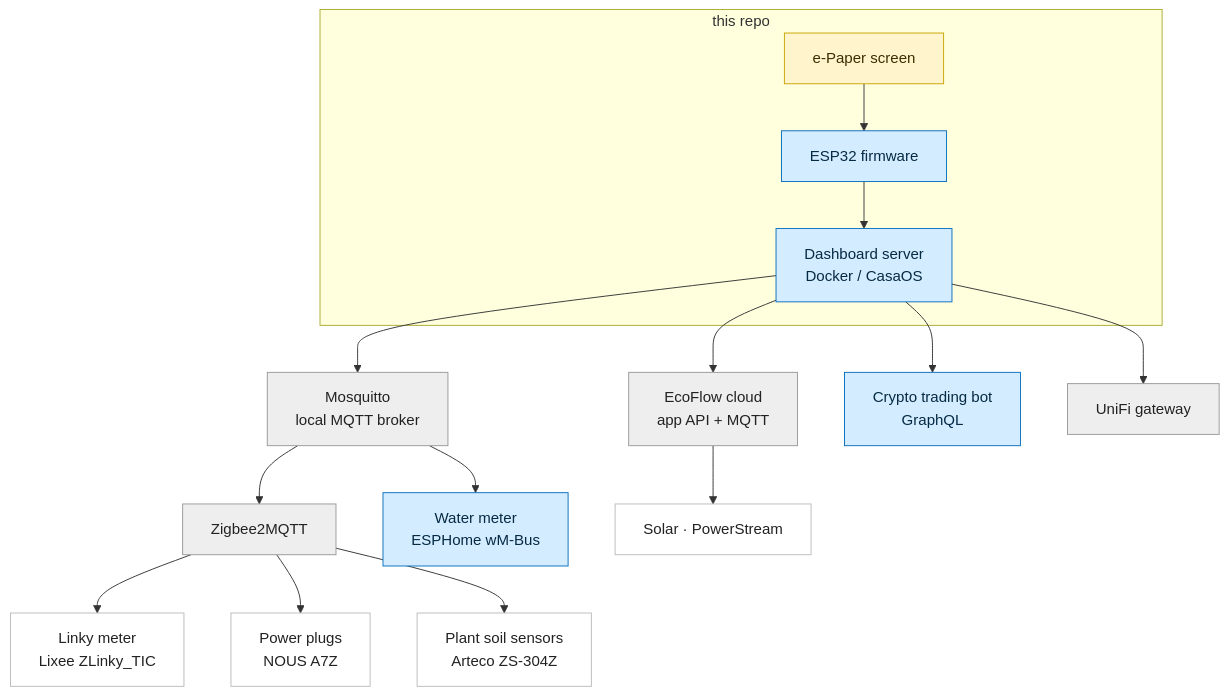
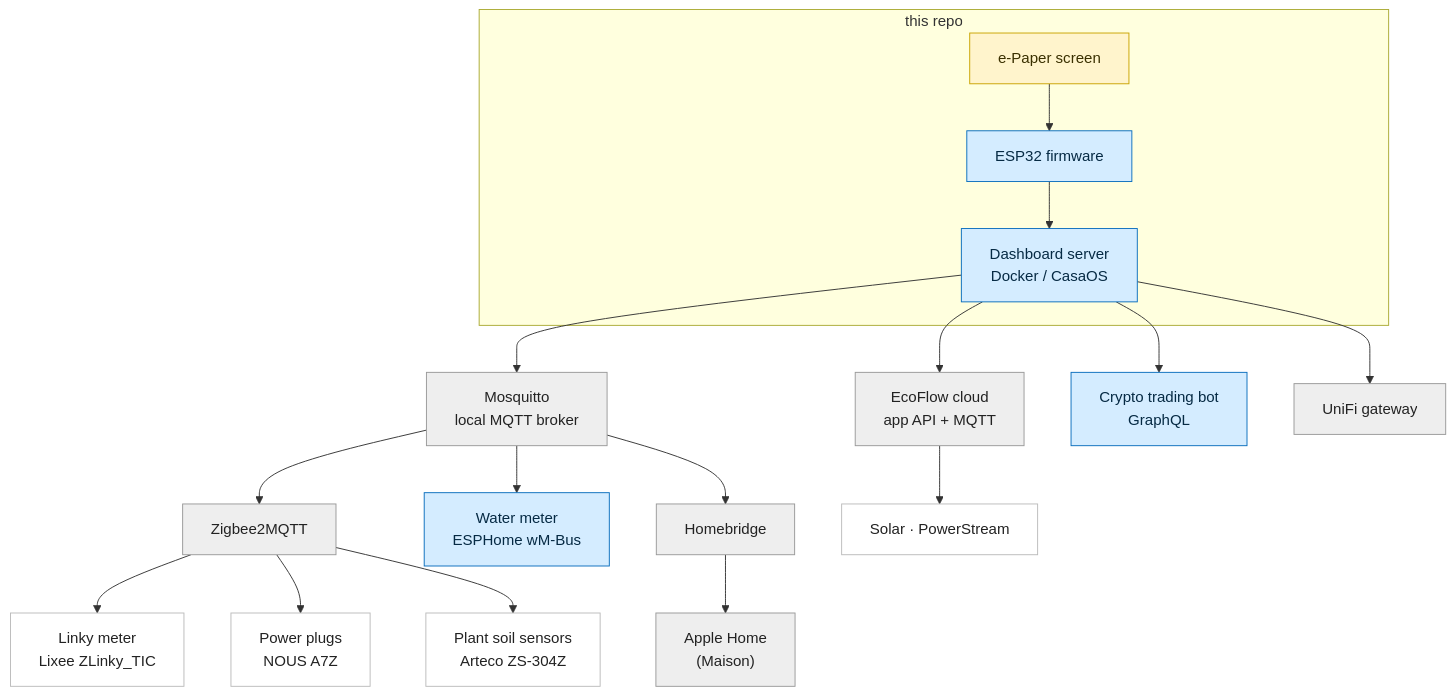
The diagram in README.md (moifort/home-dashboard), drawn with Mermaid before and after one commit. The commit also changed other lines of this file, not shown here.

First line of the commit message:
docs: add Homebridge + Apple Home, link the Docker projects, drop em dashes

````diff
--- a/README.md
+++ b/README.md
@@ -19,40 +17,45 @@
 ```mermaid
 flowchart TD
     subgraph repo["this repo"]
         SCREEN["e-Paper screen"]:::hw
         ESP["ESP32 firmware"]:::mine
         SERVER["Dashboard server<br/>Docker / CasaOS"]:::mine
     end
 
     SCREEN --> ESP
     ESP --> SERVER
 
     MOSQ["Mosquitto<br/>local MQTT broker"]:::ext
     Z2M["Zigbee2MQTT"]:::ext
     LINKY["Linky meter<br/>Lixee ZLinky_TIC"]:::dev
     PLUGS["Power plugs<br/>NOUS A7Z"]:::dev
     PLANTS["Plant soil sensors<br/>Arteco ZS-304Z"]:::dev
     WATER["Water meter<br/>ESPHome wM-Bus"]:::mine
 
     SERVER --> MOSQ
     MOSQ --> Z2M
     MOSQ --> WATER
     Z2M --> LINKY
     Z2M --> PLUGS
     Z2M --> PLANTS
 
+    HB["Homebridge"]:::ext
+    HOME["Apple Home<br/>(Maison)"]:::ext
+    MOSQ --> HB
+    HB --> HOME
+
     ECO["EcoFlow cloud<br/>app API + MQTT"]:::ext
     PV["Solar · PowerStream"]:::dev
     SERVER --> ECO
     ECO --> PV
 
     CRYPTO["Crypto trading bot<br/>GraphQL"]:::mine
     UNIFI["UniFi gateway"]:::ext
     SERVER --> CRYPTO
     SERVER --> UNIFI
 
     classDef mine fill:#d4ecff,stroke:#0a6ebd,color:#062a44;
     classDef ext  fill:#eeeeee,stroke:#999999,color:#222222;
     classDef dev  fill:#ffffff,stroke:#bbbbbb,color:#222222;
     classDef hw   fill:#fff4cc,stroke:#caa300,color:#3a3000;
 ```
````
